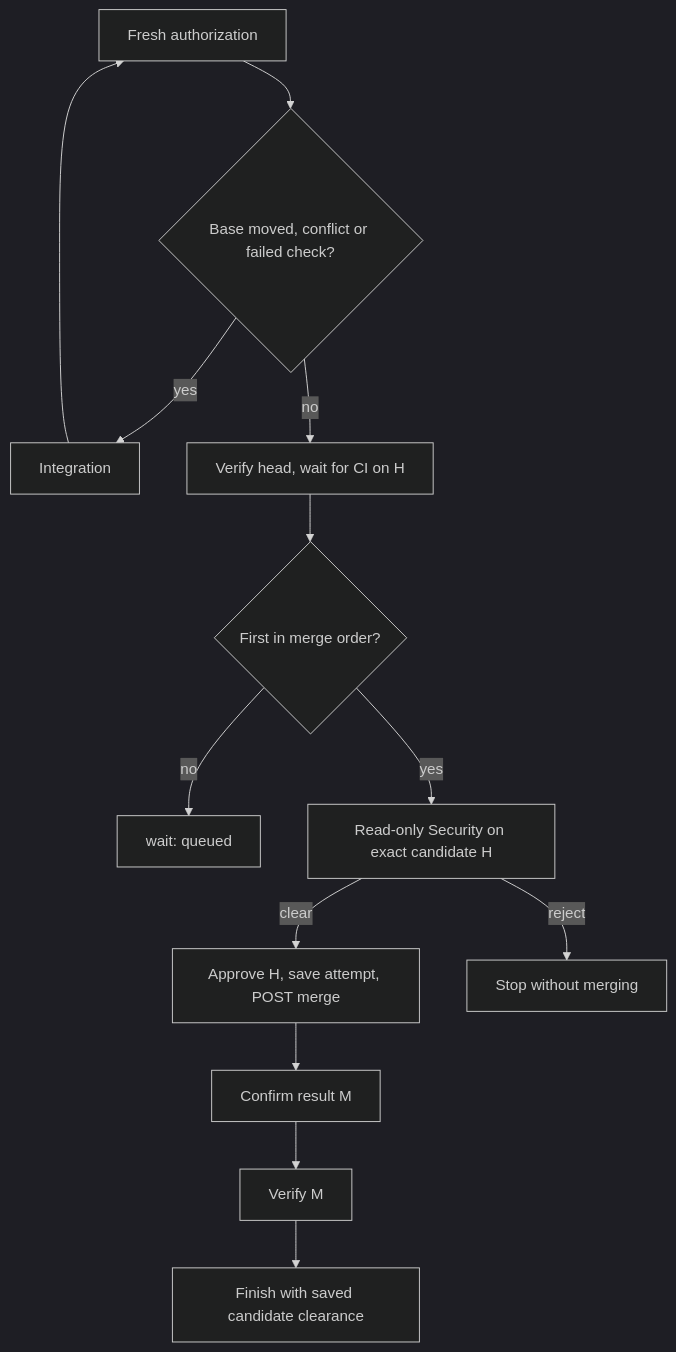
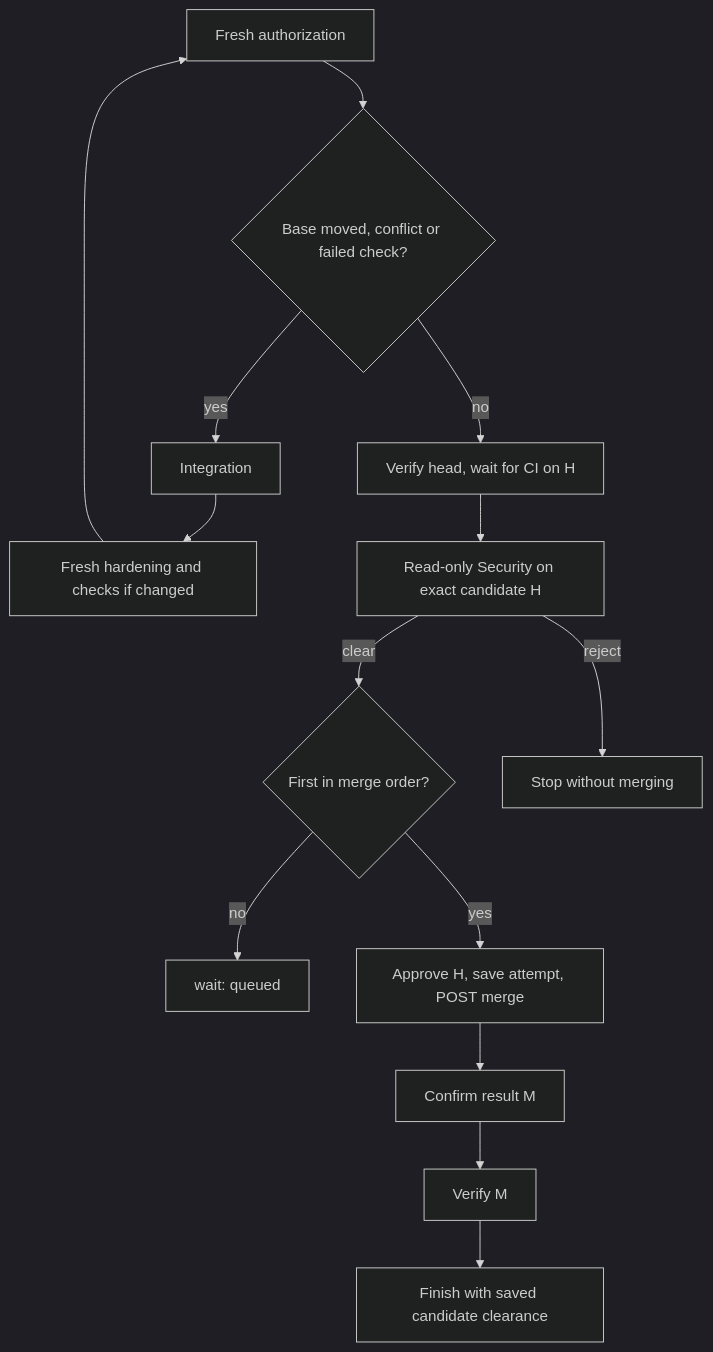
The diagram in docs/reference/merge.md (axolotl-logic-io/ecosystem), drawn with Mermaid (dark theme) before and after one commit. The commit also changed other lines of this file and 7 other files, not shown here.

````diff
--- a/docs/reference/merge.md
+++ b/docs/reference/merge.md
@@ -13,14 +13,14 @@
 ```mermaid
 flowchart TD
   A[Fresh authorization] --> B{Base moved, conflict or failed check?}
-  B -- yes --> I[Integration] --> A
+  B -- yes --> I[Integration] --> H[Fresh hardening and checks if changed] --> A
   B -- no --> C[Verify head, wait for CI on H]
-  C --> Q{First in merge order?}
+  C --> S[Read-only Security on exact candidate H]
+  S -- clear --> Q{First in merge order?}
   Q -- no --> W[wait: queued]
-  Q -- yes --> S[Read-only Security on exact candidate H]
-  S -- clear --> P[Approve H, save attempt, POST merge]
+  Q -- yes --> P[Approve H, save attempt, POST merge]
   S -- reject --> X[Stop without merging]
   P --> R[Confirm result M]
   R --> V[Verify M]
   V --> F[Finish with saved candidate clearance]
 ```
````
